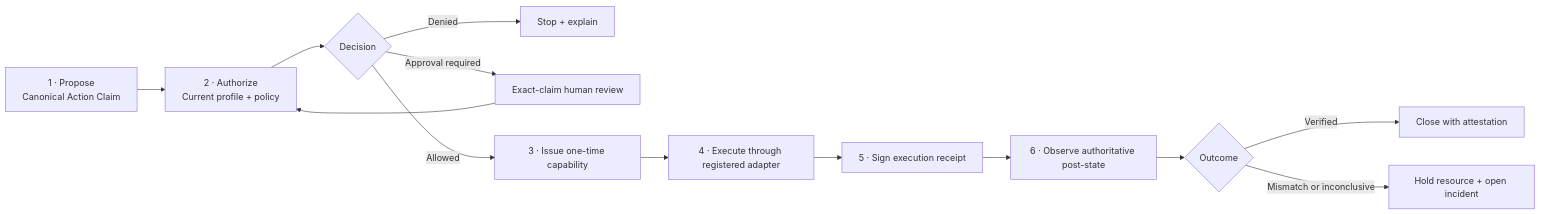
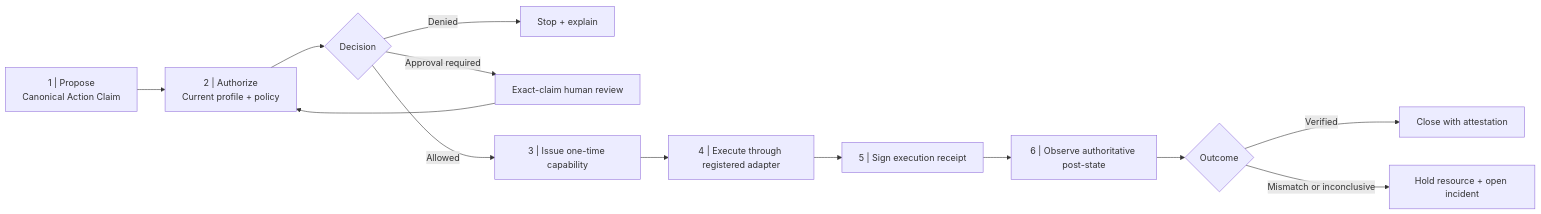
Before and after one commit to sev7enITA/PALOframework: the second of 2 diagrams in dist/docs/site/palo-ai-governance-hub-page-copy.md, drawn with Mermaid. The commit also changed other lines of this file and 190 other files, not shown here.

````diff
--- a/dist/docs/site/palo-ai-governance-hub-page-copy.md
+++ b/dist/docs/site/palo-ai-governance-hub-page-copy.md
@@ -262,15 +262,15 @@
 ```mermaid
 flowchart LR
-    A["1 · Propose<br/>Canonical Action Claim"] --> B["2 · Authorize<br/>Current profile + policy"]
+    A["1 | Propose<br/>Canonical Action Claim"] --> B["2 | Authorize<br/>Current profile + policy"]
     B --> C{"Decision"}
     C -->|Denied| D["Stop + explain"]
     C -->|Approval required| E["Exact-claim human review"]
     E --> B
-    C -->|Allowed| F["3 · Issue one-time capability"]
-    F --> G["4 · Execute through registered adapter"]
-    G --> H["5 · Sign execution receipt"]
-    H --> I["6 · Observe authoritative post-state"]
+    C -->|Allowed| F["3 | Issue one-time capability"]
+    F --> G["4 | Execute through registered adapter"]
+    G --> H["5 | Sign execution receipt"]
+    H --> I["6 | Observe authoritative post-state"]
     I --> J{"Outcome"}
     J -->|Verified| K["Close with attestation"]
     J -->|Mismatch or inconclusive| L["Hold resource + open incident"]
 ```
````
